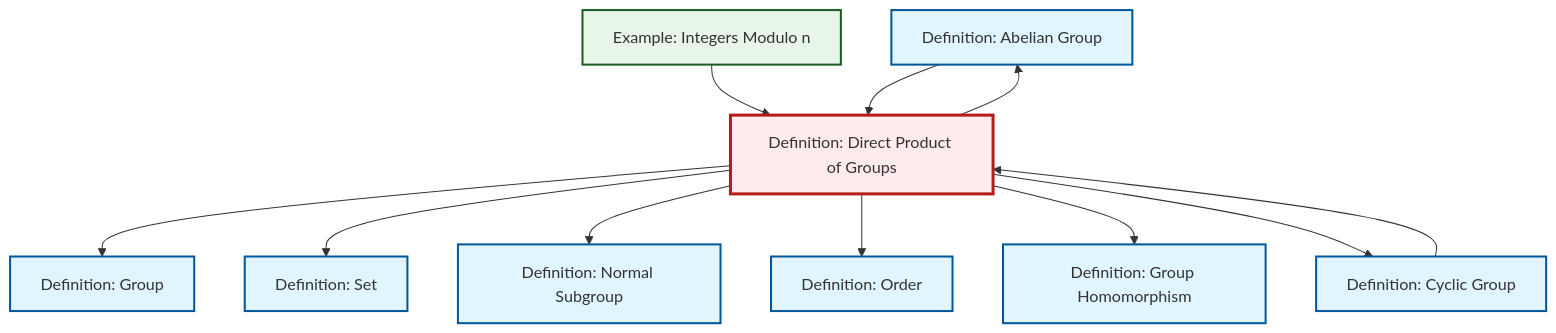
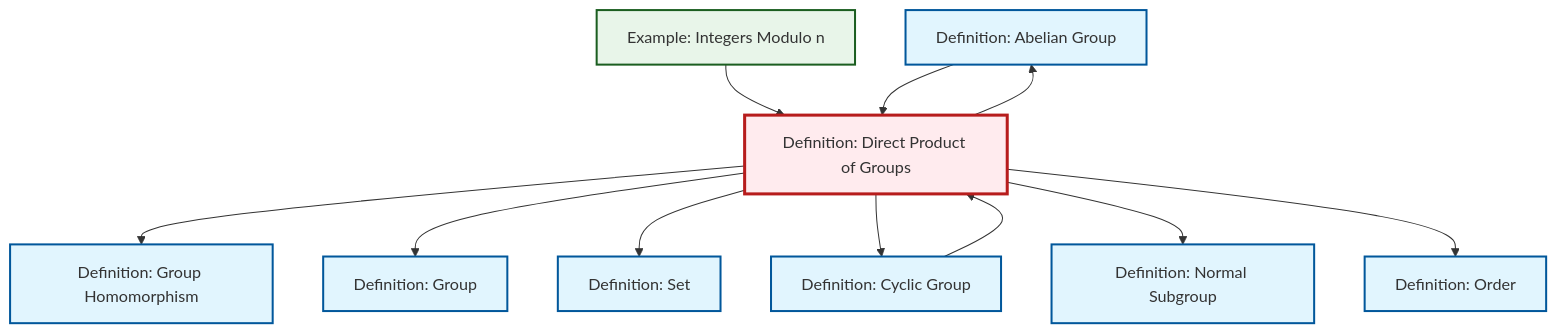
Before and after one commit to RK0429/ModernMath: the diagram in content/ja/algebra/def-direct-product.qmd, drawn with Mermaid. The commit also changed other lines of this file and 634 other files, not shown here.

````diff
--- a/content/ja/algebra/def-direct-product.qmd
+++ b/content/ja/algebra/def-direct-product.qmd
@@ -25,37 +25,37 @@
 ```{mermaid}
 %%| fig-cap: "Local dependency graph"
 graph TD
     classDef definition fill:#e1f5fe,stroke:#01579b,stroke-width:2px
     classDef theorem fill:#f3e5f5,stroke:#4a148c,stroke-width:2px
     classDef axiom fill:#fff3e0,stroke:#e65100,stroke-width:2px
     classDef example fill:#e8f5e9,stroke:#1b5e20,stroke-width:2px
     classDef current fill:#ffebee,stroke:#b71c1c,stroke-width:3px
-    def-normal-subgroup["Definition: Normal Subgroup"]:::definition
+    def-group["Definition: Group"]:::definition
     def-abelian-group["Definition: Abelian Group"]:::definition
-    def-group["Definition: Group"]:::definition
     def-set["Definition: Set"]:::definition
     def-cyclic-group["Definition: Cyclic Group"]:::definition
+    def-normal-subgroup["Definition: Normal Subgroup"]:::definition
+    def-direct-product["Definition: Direct Product of Groups"]:::definition
+    def-order["Definition: Order"]:::definition
     ex-quotient-integers-mod-n["Example: Integers Modulo n"]:::example
     def-homomorphism["Definition: Group Homomorphism"]:::definition
-    def-order["Definition: Order"]:::definition
-    def-direct-product["Definition: Direct Product of Groups"]:::definition
+    def-direct-product --> def-homomorphism
     def-direct-product --> def-group
+    def-cyclic-group --> def-direct-product
+    def-direct-product --> def-abelian-group
     ex-quotient-integers-mod-n --> def-direct-product
     def-direct-product --> def-set
+    def-abelian-group --> def-direct-product
+    def-direct-product --> def-cyclic-group
     def-direct-product --> def-normal-subgroup
     def-direct-product --> def-order
-    def-cyclic-group --> def-direct-product
-    def-direct-product --> def-homomorphism
-    def-direct-product --> def-abelian-group
-    def-abelian-group --> def-direct-product
-    def-direct-product --> def-cyclic-group
     class def-direct-product current
-    click def-normal-subgroup "def-normal-subgroup.html" "Definition: Normal Subgroupへ"
+    click def-group "def-group.html" "Definition: Groupへ"
     click def-abelian-group "def-abelian-group.html" "Definition: Abelian Groupへ"
-    click def-group "def-group.html" "Definition: Groupへ"
     click def-set "def-set.html" "Definition: Setへ"
     click def-cyclic-group "def-cyclic-group.html" "Definition: Cyclic Groupへ"
+    click def-normal-subgroup "def-normal-subgroup.html" "Definition: Normal Subgroupへ"
+    click def-order "def-order.html" "Definition: Orderへ"
     click ex-quotient-integers-mod-n "ex-quotient-integers-mod-n.html" "Example: Integers Modulo nへ"
     click def-homomorphism "def-homomorphism.html" "Definition: Group Homomorphismへ"
-    click def-order "def-order.html" "Definition: Orderへ"
 ```
````
